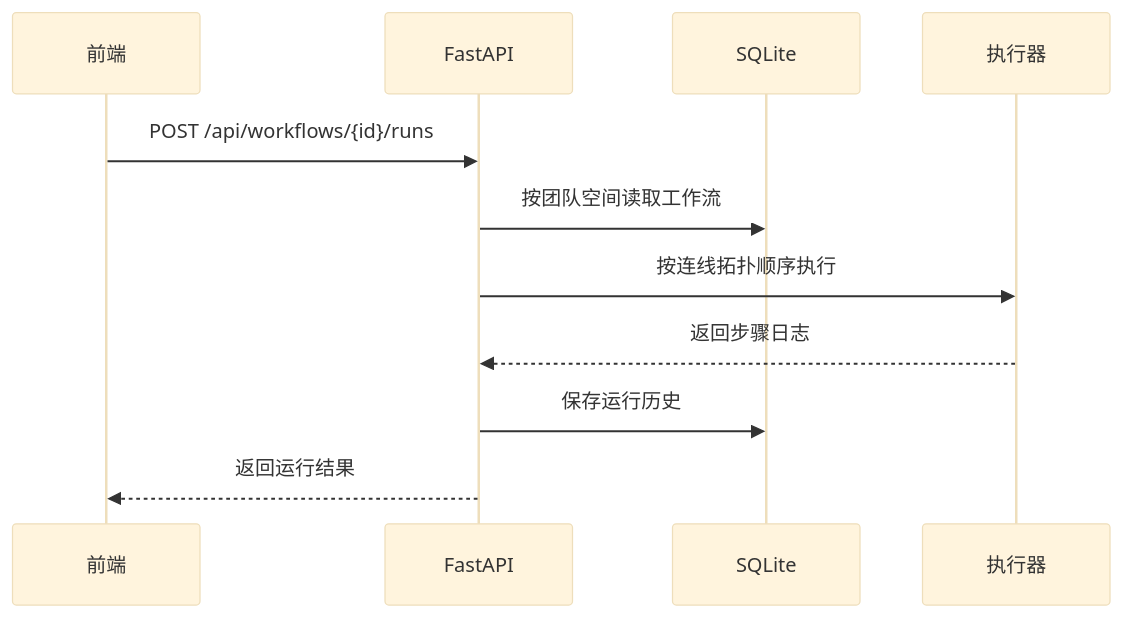
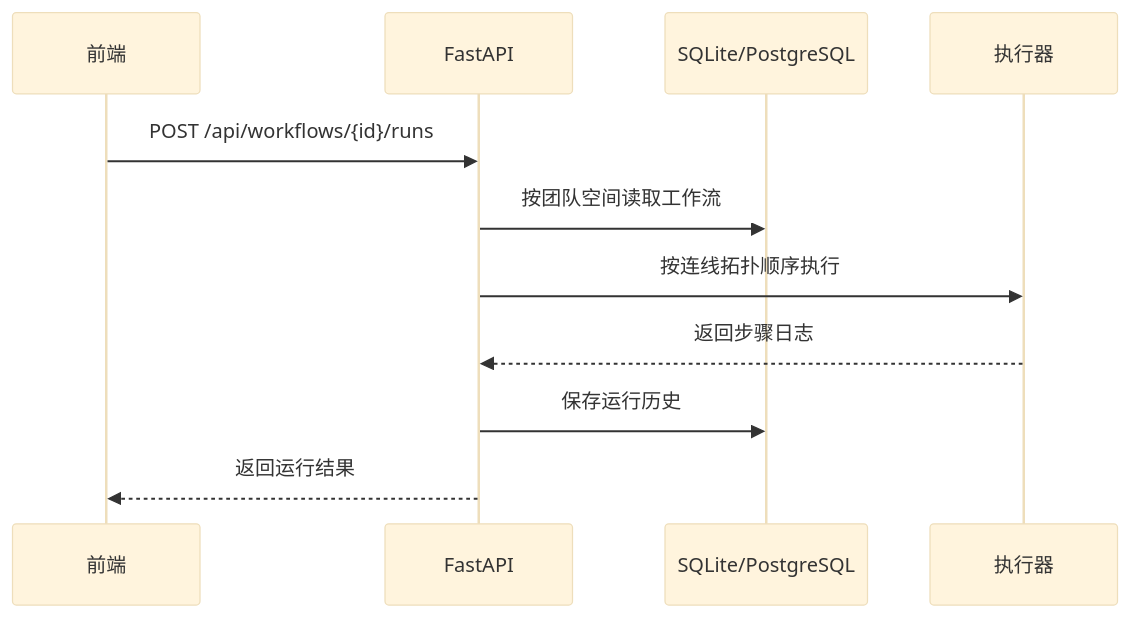
The third of 3 diagrams in docs/architecture.md (996963759/workflow-studio), drawn with Mermaid (base theme) before and after one commit. The commit also changed other lines of this file and 16 other files, not shown here.

````diff
--- a/docs/architecture.md
+++ b/docs/architecture.md
@@ -62,13 +71,13 @@
 ```mermaid
 sequenceDiagram
   participant UI as 前端
   participant API as FastAPI
-  participant DB as SQLite
+  participant DB as SQLite/PostgreSQL
   participant Runner as 执行器
   UI->>API: POST /api/workflows/{id}/runs
   API->>DB: 按团队空间读取工作流
   API->>Runner: 按连线拓扑顺序执行
   Runner-->>API: 返回步骤日志
   API->>DB: 保存运行历史
   API-->>UI: 返回运行结果
 ```
````
